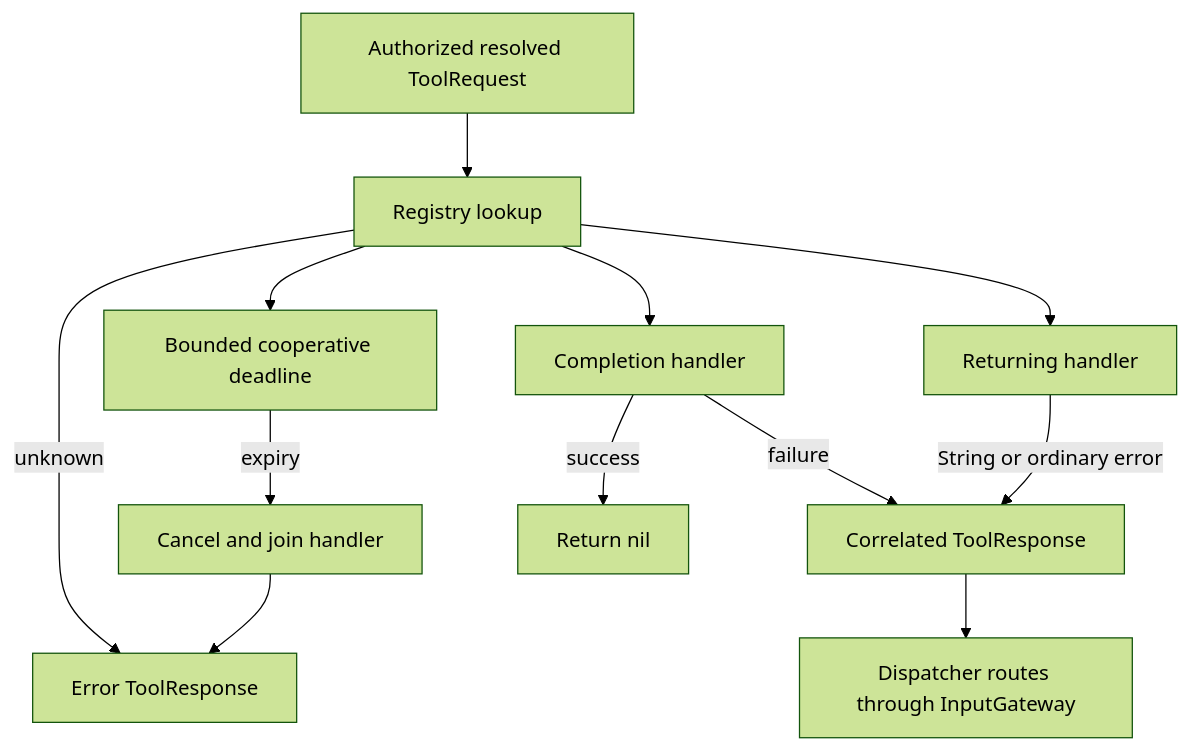
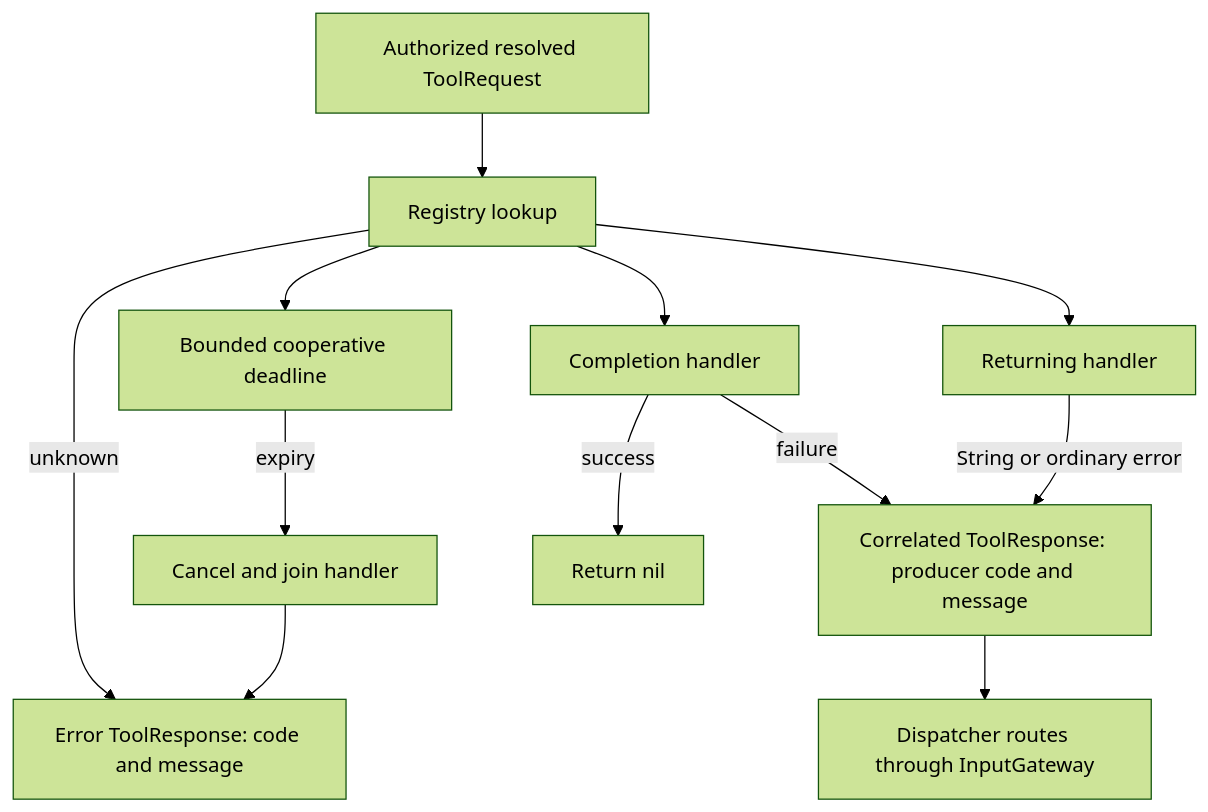
Before and after one commit to devilyouwei/MobileHarness: the second of 2 diagrams in MobileHarness/Tools/Runtime/README.md, drawn with Mermaid (forest theme). The commit also changed other lines of this file and 135 other files, not shown here.

````diff
--- a/MobileHarness/Tools/Runtime/README.md
+++ b/MobileHarness/Tools/Runtime/README.md
@@ -32,14 +32,14 @@
 ```mermaid
 flowchart TD
     Call[Authorized resolved ToolRequest] --> Lookup[Registry lookup]
     Lookup --> Deadline[Bounded cooperative deadline]
     Deadline -->|expiry| Cleanup[Cancel and join handler]
     Cleanup --> Error
-    Lookup -->|unknown| Error[Error ToolResponse]
+    Lookup -->|unknown| Error[Error ToolResponse: code and message]
     Lookup --> Returning[Returning handler]
     Lookup --> Completion[Completion handler]
-    Returning -->|String or ordinary error| Result[Correlated ToolResponse]
+    Returning -->|String or ordinary error| Result[Correlated ToolResponse: producer code and message]
     Completion -->|success| Done[Return nil]
     Completion -->|failure| Result
     Result --> Input[Dispatcher routes through InputGateway]
 ```
````
